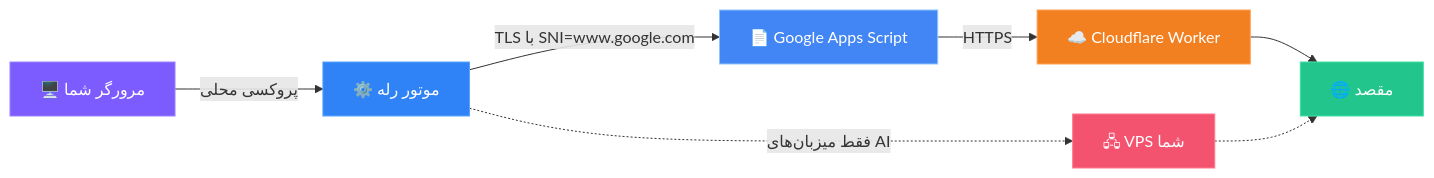
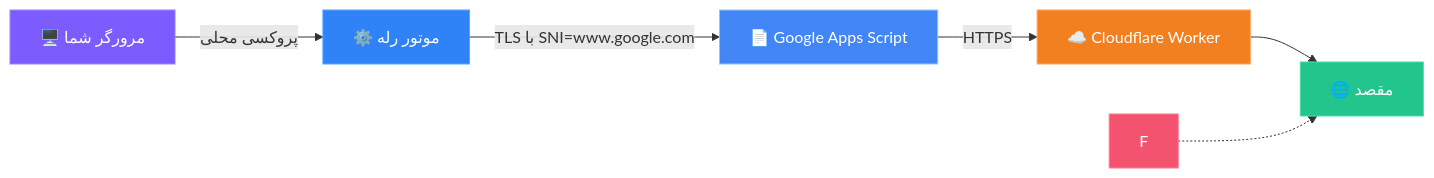
The first of 3 diagrams in README.md (ArasTey/Aras-GP), drawn with Mermaid before and after one commit. The commit also changed other lines of this file and 27 other files, not shown here.

````diff
--- a/README.md
+++ b/README.md
@@ -45,15 +45,14 @@
 ```mermaid
 flowchart LR
     A["🖥️ مرورگر شما"] -->|"پروکسی محلی"| B["⚙️ موتور رله"]
     B -->|"TLS با SNI=www.google.com"| C["📄 Google Apps Script"]
     C -->|"HTTPS"| D["☁️ Cloudflare Worker"]
     D --> E["🌐 مقصد"]
-    B -.->|"فقط میزبان‌های AI"| F["🖧 VPS شما"]
     F -.-> E
     style A fill:#7C5CFF,stroke:#9B81FF,color:#fff
     style B fill:#2F83F6,stroke:#57A5FF,color:#fff
     style C fill:#4285F4,stroke:#8EC5FF,color:#fff
     style D fill:#F38020,stroke:#FFA257,color:#fff
     style E fill:#22c58c,stroke:#43E0A8,color:#fff
     style F fill:#f4536f,stroke:#FF7A90,color:#fff
 ```
````
